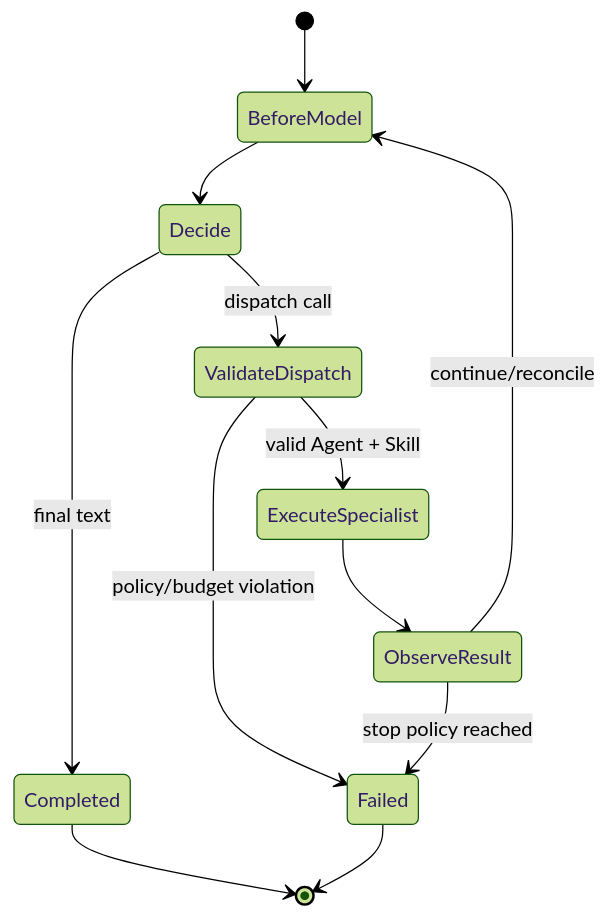
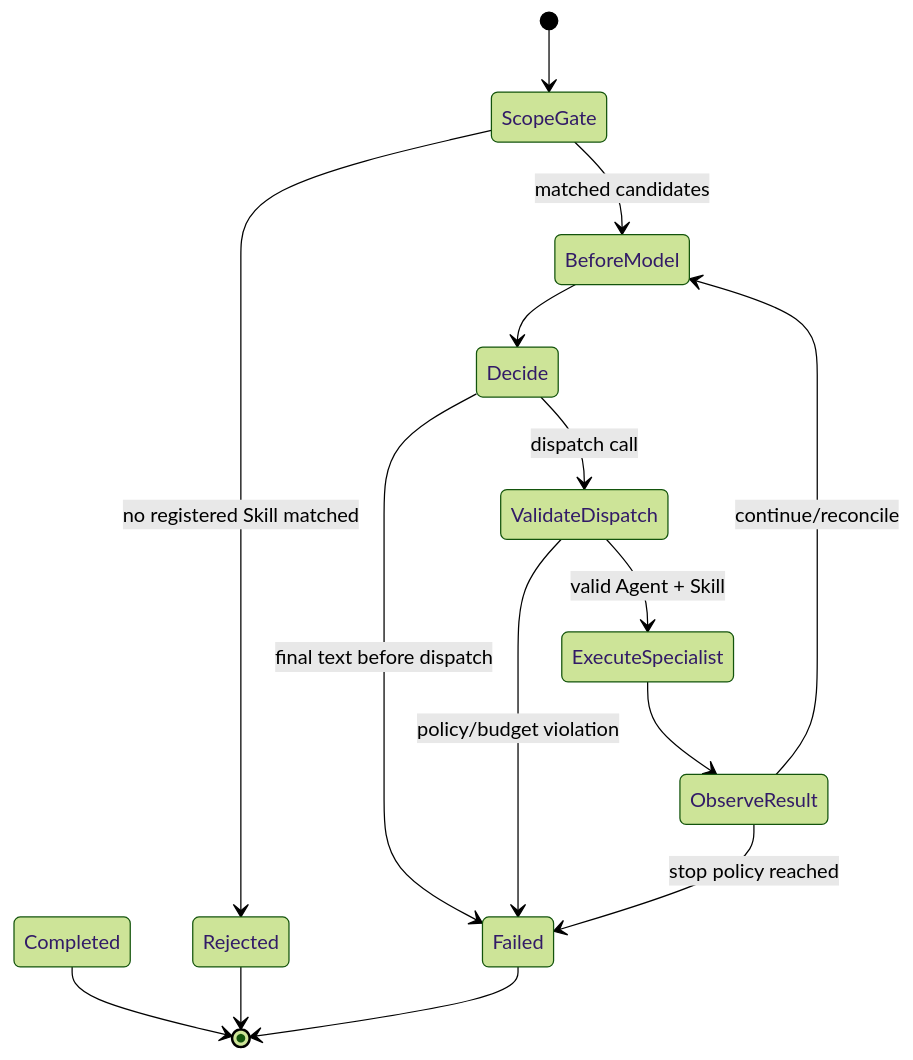
The first of 2 diagrams in doc/loop-engineering-design.md (KawhiWei/nino-agent), drawn with Mermaid (forest theme) before and after one commit. The commit also changed other lines of this file and 38 other files, not shown here.

````diff
--- a/doc/loop-engineering-design.md
+++ b/doc/loop-engineering-design.md
@@ -27,14 +27,17 @@
 ```mermaid
 stateDiagram-v2
-    [*] --> BeforeModel
+    [*] --> ScopeGate
+    ScopeGate --> Rejected: no registered Skill matched
+    ScopeGate --> BeforeModel: matched candidates
     BeforeModel --> Decide
-    Decide --> Completed: final text
+    Decide --> Failed: final text before dispatch
     Decide --> ValidateDispatch: dispatch call
     ValidateDispatch --> Failed: policy/budget violation
     ValidateDispatch --> ExecuteSpecialist: valid Agent + Skill
     ExecuteSpecialist --> ObserveResult
     ObserveResult --> Failed: stop policy reached
     ObserveResult --> BeforeModel: continue/reconcile
     Completed --> [*]
+    Rejected --> [*]
     Failed --> [*]
 ```
````
